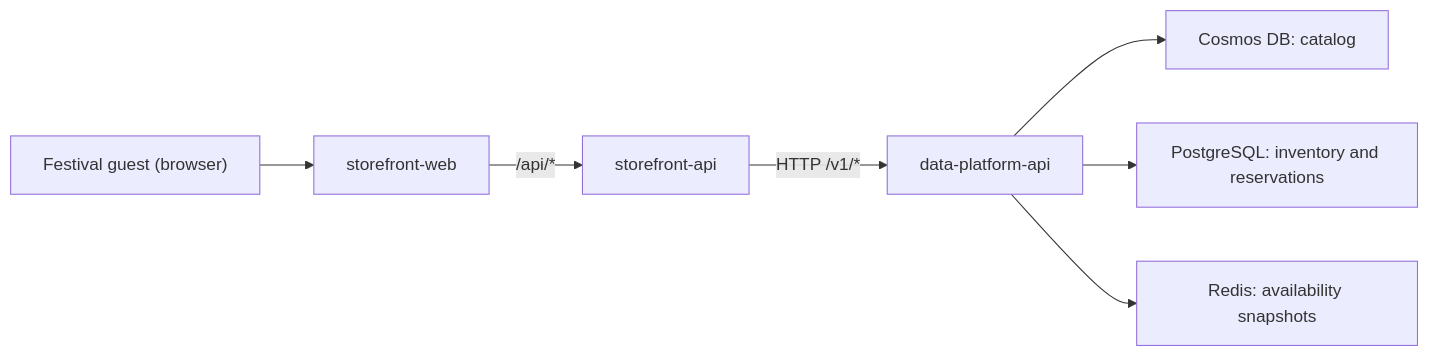
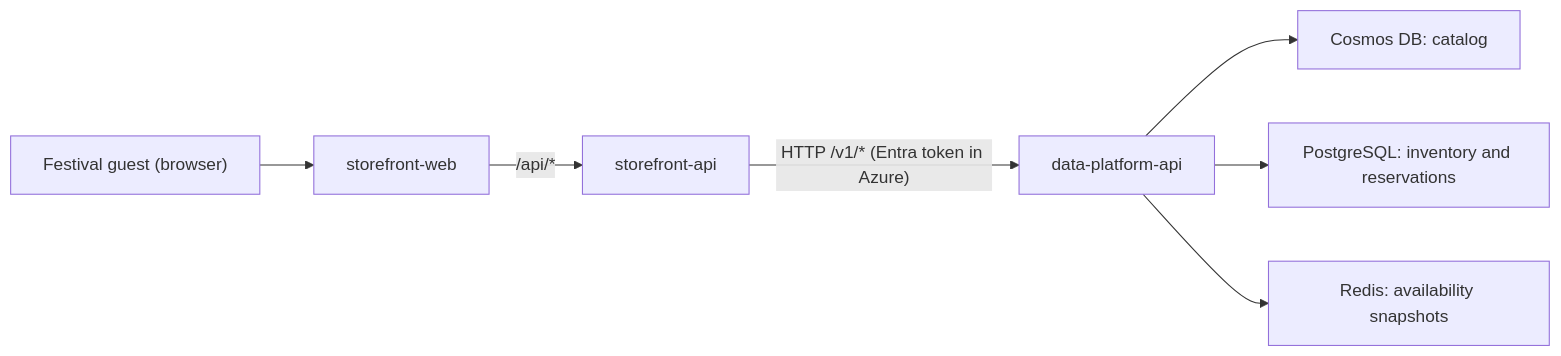
The diagram in docs/service-map.md (sanchitmehta/moonshot-concert), drawn with Mermaid before and after one commit. The commit also changed other lines of this file and 4 other files, not shown here.

````diff
--- a/docs/service-map.md
+++ b/docs/service-map.md
@@ -8,9 +8,9 @@
 ```mermaid
 flowchart LR
     Guest["Festival guest (browser)"] --> Web["storefront-web"]
     Web -->|"/api/*"| Storefront["storefront-api"]
-    Storefront -->|"HTTP /v1/*"| DataPlatform["data-platform-api"]
+    Storefront -->|"HTTP /v1/* (Entra token in Azure)"| DataPlatform["data-platform-api"]
     DataPlatform --> Catalog["Cosmos DB: catalog"]
     DataPlatform --> Inventory["PostgreSQL: inventory and reservations"]
     DataPlatform --> Cache["Redis: availability snapshots"]
 ```
````
